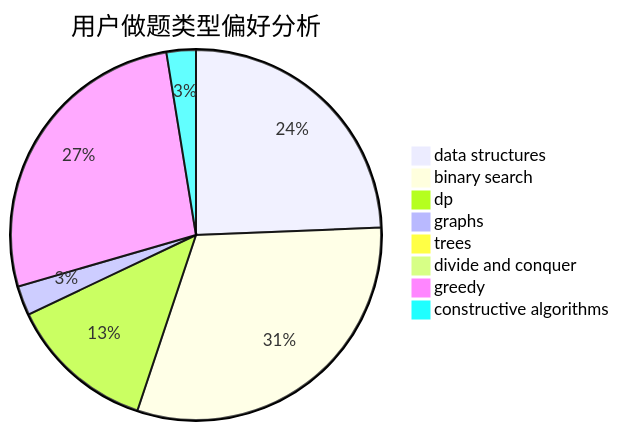
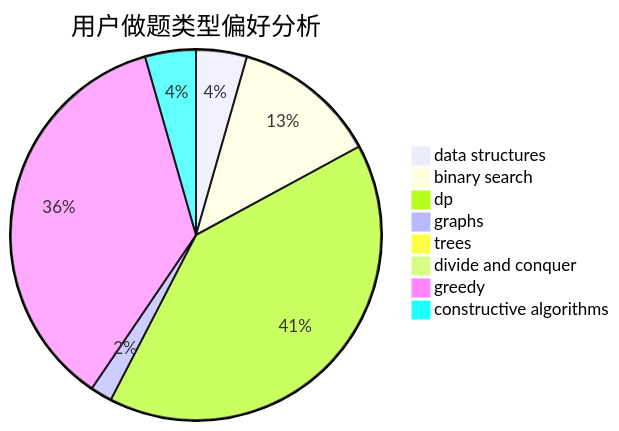
Before and after one commit to sherpahu/cfrs.github.io: the second of 3 diagrams in docs/user/u427.md, drawn with Mermaid. The commit also changed other lines of this file and 2770 other files, not shown here.

````diff
--- a/docs/user/u427.md
+++ b/docs/user/u427.md
@@ -23,11 +23,11 @@
 ```mermaid
 pie title 用户做题类型偏好分析
-    "data structures" :  19
-    "binary search" :  24
-    "dp" :  10
-    "graphs" :  2
+    "data structures" :  7
+    "binary search" :  20
+    "dp" :  64
+    "graphs" :  3
     "trees" :  0
     "divide and conquer" :  0
-    "greedy" :  21
-    "constructive algorithms" :  2
+    "greedy" :  57
+    "constructive algorithms" :  7
 ```
````
